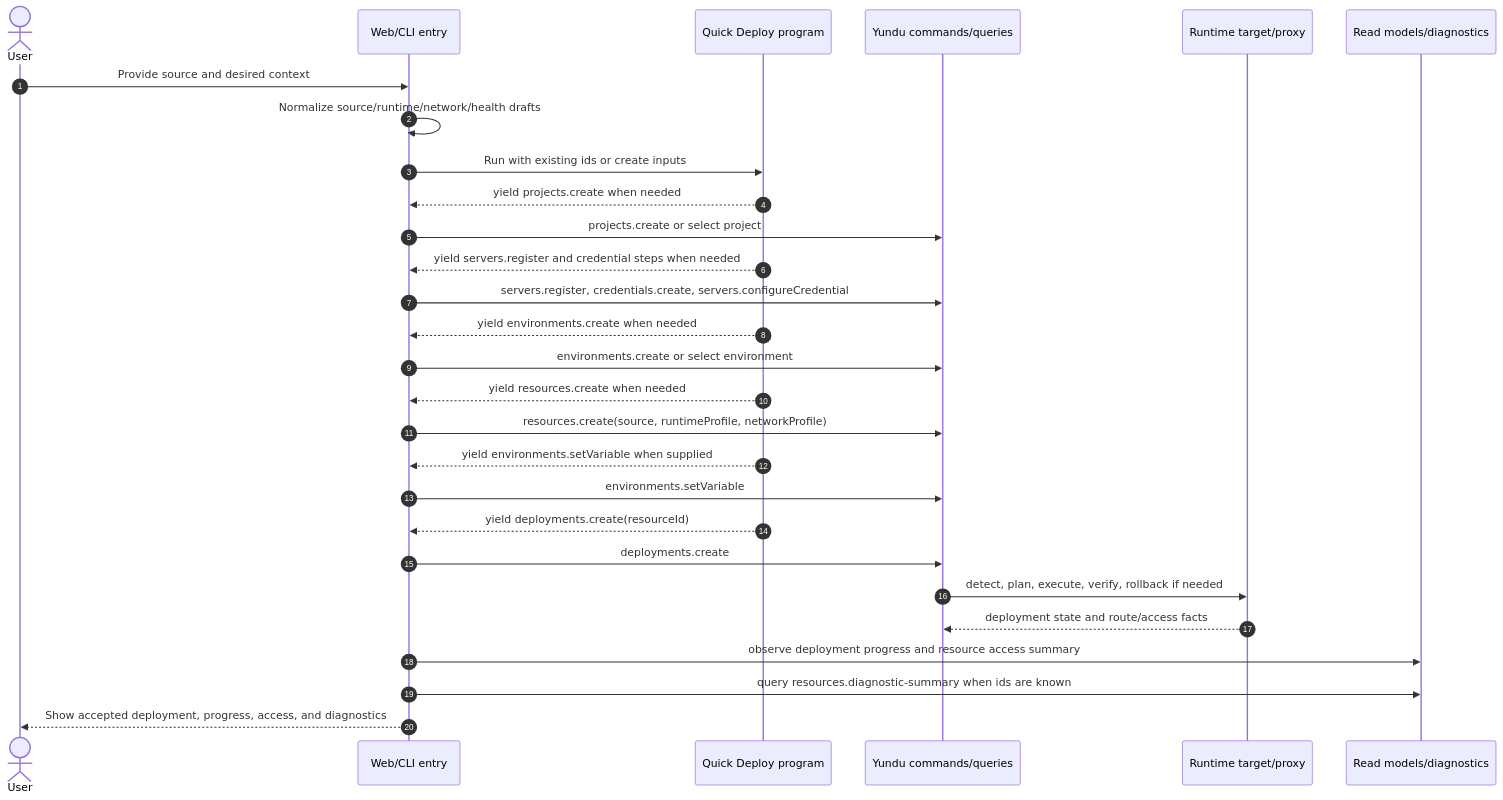
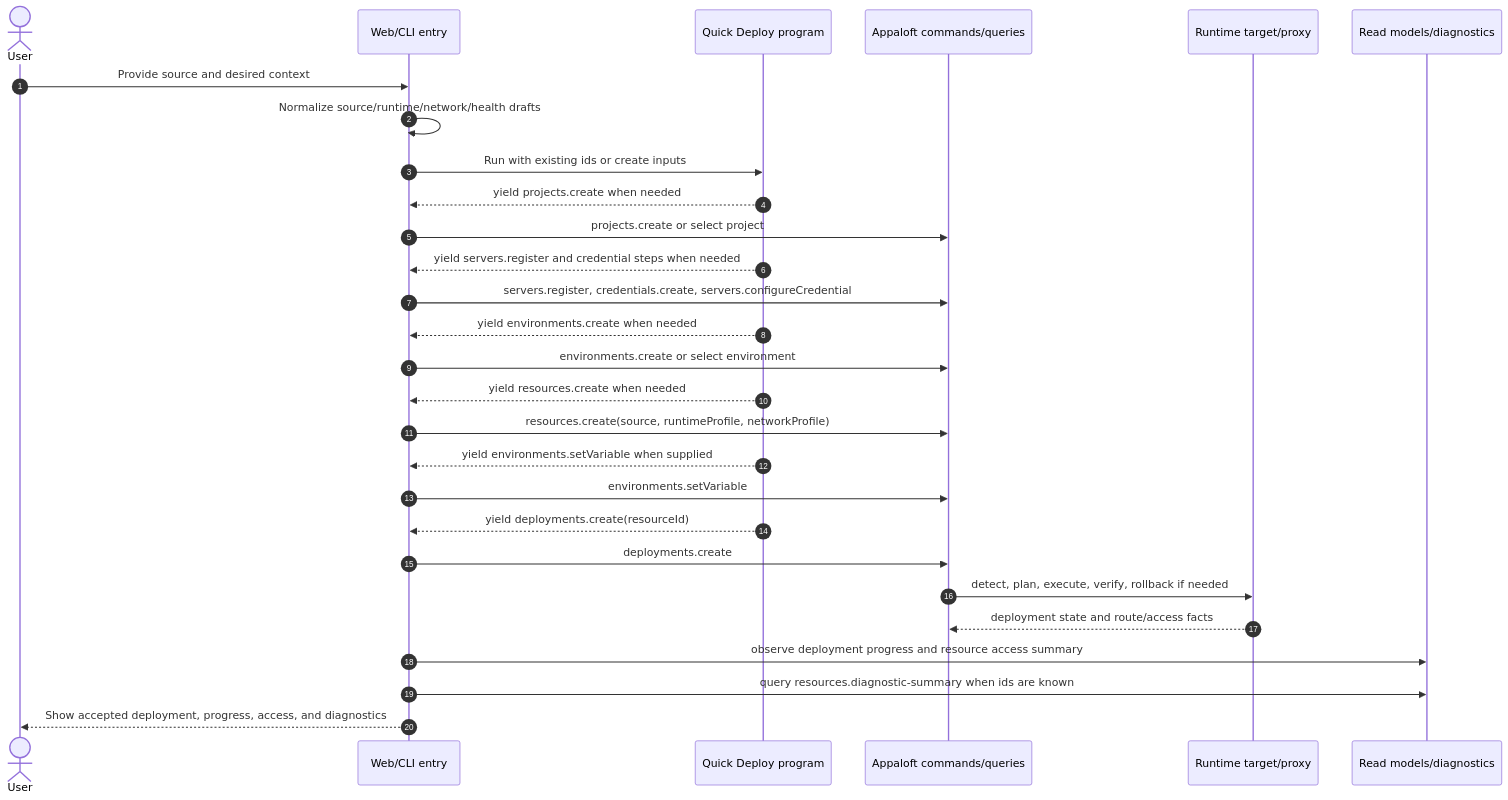
One commit to appaloft/appaloft changed the first of 2 diagrams in docs/workflows/quick-deploy.md. Above: the diagram before and after it, drawn with Mermaid. The commit also changed other lines of this file and 470 other files, not shown here.

Commit message:
chore: rename project to appaloft

````diff
--- a/docs/workflows/quick-deploy.md
+++ b/docs/workflows/quick-deploy.md
@@ -204,31 +204,31 @@
 ```mermaid
 sequenceDiagram
   autonumber
   actor User
   participant Entry as Web/CLI entry
   participant Program as Quick Deploy program
-  participant Yundu as Yundu commands/queries
+  participant Appaloft as Appaloft commands/queries
   participant Runtime as Runtime target/proxy
   participant Read as Read models/diagnostics
 
   User->>Entry: Provide source and desired context
   Entry->>Entry: Normalize source/runtime/network/health drafts
   Entry->>Program: Run with existing ids or create inputs
   Program-->>Entry: yield projects.create when needed
-  Entry->>Yundu: projects.create or select project
+  Entry->>Appaloft: projects.create or select project
   Program-->>Entry: yield servers.register and credential steps when needed
-  Entry->>Yundu: servers.register, credentials.create, servers.configureCredential
+  Entry->>Appaloft: servers.register, credentials.create, servers.configureCredential
   Program-->>Entry: yield environments.create when needed
-  Entry->>Yundu: environments.create or select environment
+  Entry->>Appaloft: environments.create or select environment
   Program-->>Entry: yield resources.create when needed
-  Entry->>Yundu: resources.create(source, runtimeProfile, networkProfile)
+  Entry->>Appaloft: resources.create(source, runtimeProfile, networkProfile)
   Program-->>Entry: yield environments.setVariable when supplied
-  Entry->>Yundu: environments.setVariable
+  Entry->>Appaloft: environments.setVariable
   Program-->>Entry: yield deployments.create(resourceId)
-  Entry->>Yundu: deployments.create
-  Yundu->>Runtime: detect, plan, execute, verify, rollback if needed
-  Runtime-->>Yundu: deployment state and route/access facts
+  Entry->>Appaloft: deployments.create
+  Appaloft->>Runtime: detect, plan, execute, verify, rollback if needed
+  Runtime-->>Appaloft: deployment state and route/access facts
   Entry->>Read: observe deployment progress and resource access summary
   Entry->>Read: query resources.diagnostic-summary when ids are known
   Entry-->>User: Show accepted deployment, progress, access, and diagnostics
 ```
````
